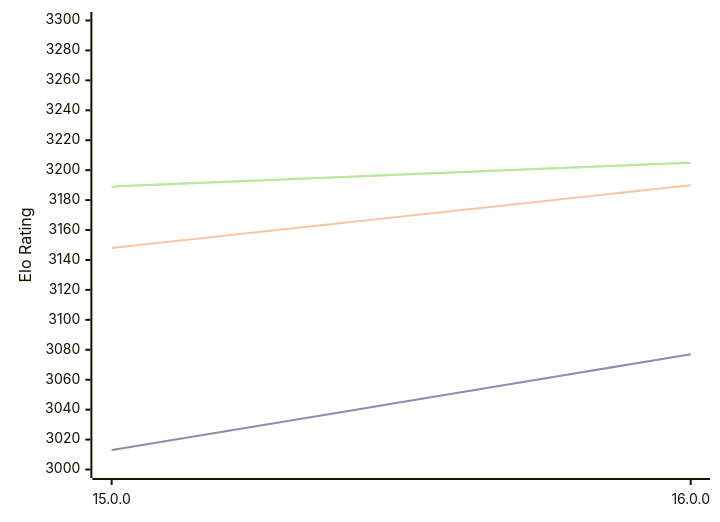
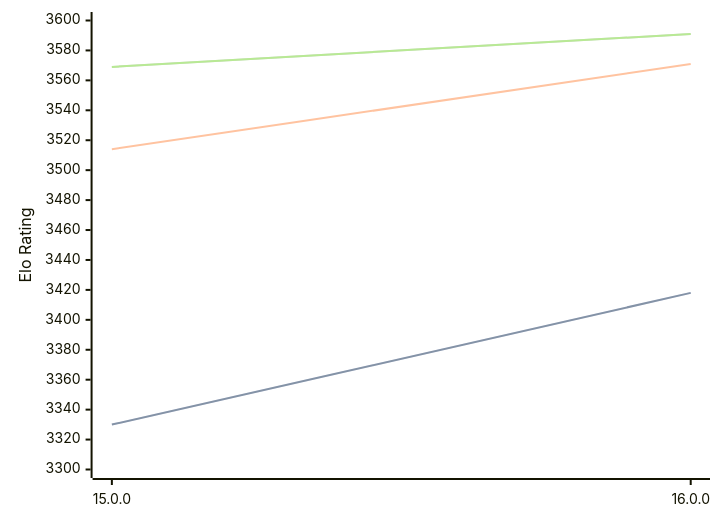
The diagram in engines/Halogen.md (computer-chess-index/cci), drawn with Mermaid before and after one commit. The commit also changed other lines of this file, not shown here.

Commit message:
Update CCI Ratings (ELO VLTC) - 2026-02-24

````diff
--- a/engines/Halogen.md
+++ b/engines/Halogen.md
@@ -47,11 +48,11 @@
 ```mermaid
 %%{init: {"theme":"base","themeVariables":{"seriesColors:['#a3a3a3','#222221','#faa371']}}}%%
 xychart-beta
   x-axis ["15.0.0", "16.0.0"]
-  y-axis "Elo Rating" 3000 --> 3300
-  line "STC (8.0+0.08s)" [3013, 3077]
-  line "STC (8.0+0.08s)" [3013, 3077]
-  line "LTC (60.0+0.60s)" [3148, 3190]
-  line "VLTC (2m24s+1.12s)" [3189, 3205]
-  line "VLTC (2m24s+1.12s)" [3189, 3205]
+  y-axis "Elo Rating" 3300 --> 3600
+  line "STC (8.0+0.08s)" [3330, 3418]
+  line "STC (8.0+0.08s)" [3330, 3418]
+  line "LTC (60.0+0.60s)" [3514, 3571]
+  line "VLTC (2m24s+1.12s)" [3569, 3591]
+  line "VLTC (2m24s+1.12s)" [3569, 3591]
 ```
````
